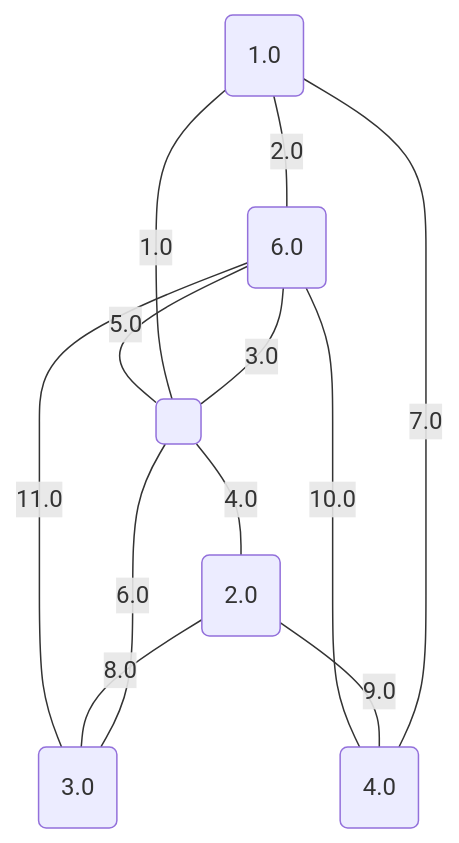
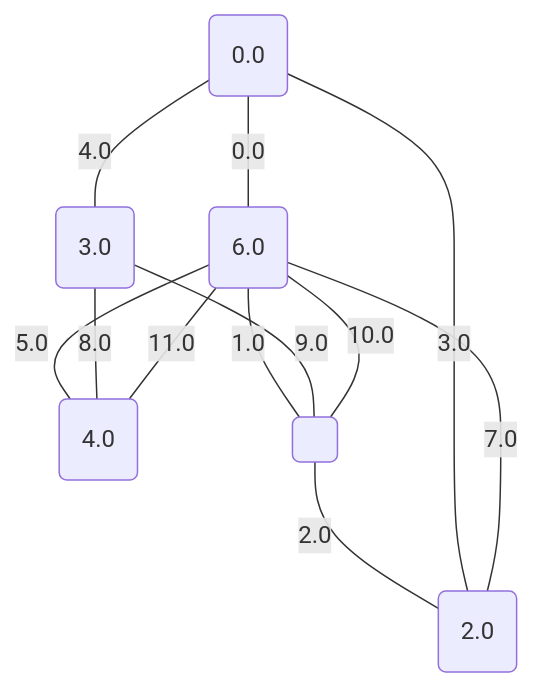
Before and after one commit to metury/graphs: the ninth of 17 diagrams in project/src/testing/showcase/minCutPetersen.md, drawn with Mermaid. The commit also changed other lines of this file and 34 other files, not shown here.

````diff
--- a/project/src/testing/showcase/minCutPetersen.md
+++ b/project/src/testing/showcase/minCutPetersen.md
@@ -243,20 +243,20 @@
 ```mermaid
 graph TD;
-	0("1.0");
+	0("0.0");
 	1("2.0");
 	2("3.0");
 	3("4.0");
 	4("6.0");
 	5(" ");
-	5 -- "1.0" --- 0;
-	0 -- "2.0" --- 4;
-	4 -- "3.0" --- 5;
-	5 -- "4.0" --- 1;
-	5 -- "5.0" --- 4;
-	5 -- "6.0" --- 2;
-	0 -- "7.0" --- 3;
-	1 -- "8.0" --- 2;
-	1 -- "9.0" --- 3;
-	4 -- "10.0" --- 3;
-	2 -- "11.0" --- 4;
+	0 -- "0.0" --- 4;
+	4 -- "1.0" --- 5;
+	5 -- "2.0" --- 1;
+	1 -- "3.0" --- 0;
+	0 -- "4.0" --- 2;
+	4 -- "5.0" --- 3;
+	1 -- "7.0" --- 4;
+	2 -- "8.0" --- 3;
+	2 -- "9.0" --- 5;
+	4 -- "10.0" --- 5;
+	3 -- "11.0" --- 4;
 ```
````
